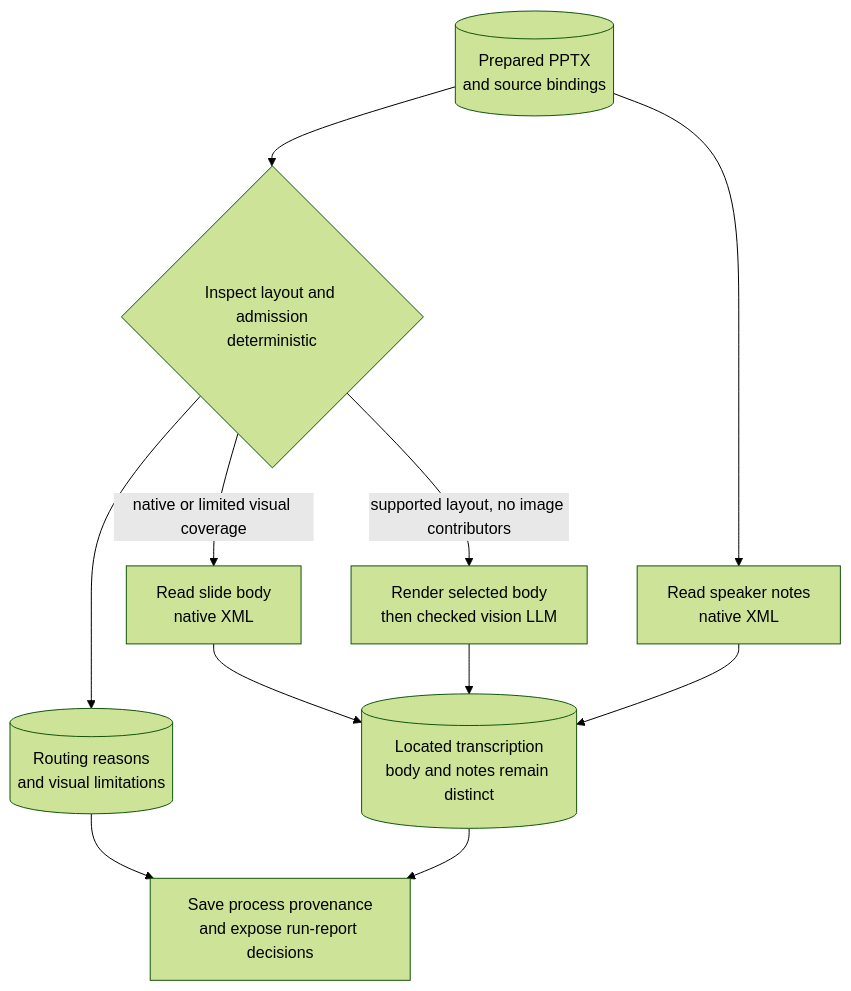
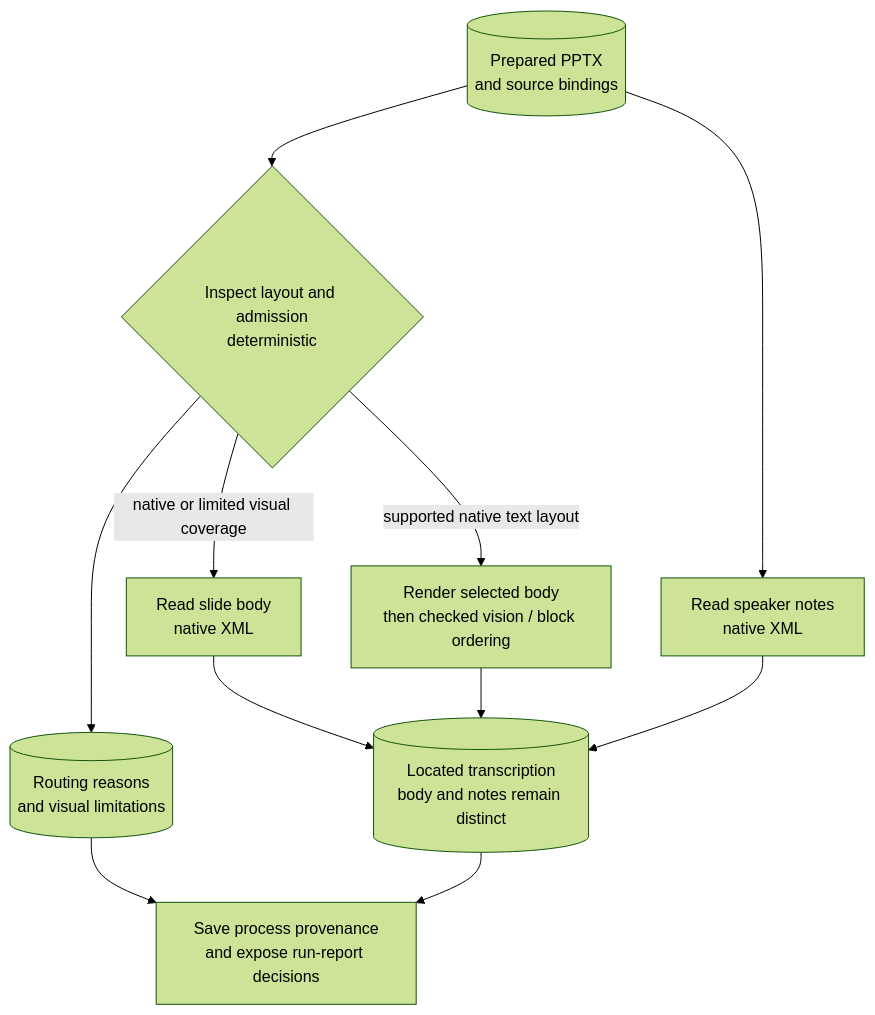
The second of 2 diagrams in docs/SOURCE_READING.md (WillHirsch/yizkr), drawn with Mermaid (forest theme) before and after one commit. The commit also changed other lines of this file and 31 other files, not shown here.

````diff
--- a/docs/SOURCE_READING.md
+++ b/docs/SOURCE_READING.md
@@ -139,13 +145,13 @@
 ```mermaid
 flowchart TD
     source[("Prepared PPTX<br/>and source bindings")] --> plan{"Inspect layout and admission<br/>deterministic"}
     plan -->|native or limited visual coverage| native["Read slide body<br/>native XML"]
-    plan -->|supported layout, no image contributors| vision["Render selected body<br/>then checked vision LLM"]
+    plan -->|supported native text layout| vision["Render selected body<br/>then checked vision / block ordering"]
     source --> notes["Read speaker notes<br/>native XML"]
     native --> reading[("Located transcription<br/>body and notes remain distinct")]
     vision --> reading
     notes --> reading
     plan --> reasons[("Routing reasons<br/>and visual limitations")]
     reasons --> saved["Save process provenance<br/>and expose run-report decisions"]
     reading --> saved
 ```
````
